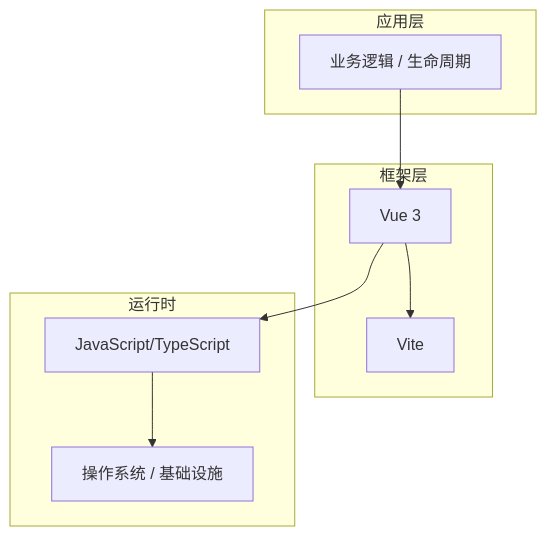
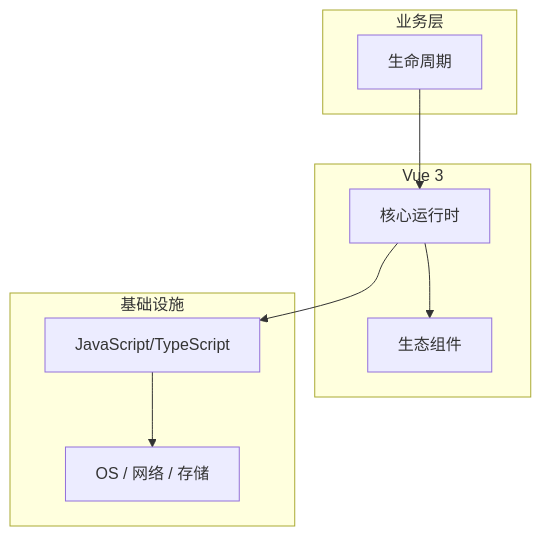
Before and after one commit to yanggan2015/knowledge-json-v2: the diagram in articles/Vue/chapters/085-生命周期核心概念与原理.md, drawn with Mermaid. The commit also changed other lines of this file and 10127 other files, not shown here.

````diff
--- a/articles/Vue/chapters/085-生命周期核心概念与原理.md
+++ b/articles/Vue/chapters/085-生命周期核心概念与原理.md
@@ -45,18 +34,18 @@
 ```mermaid
 graph TB
-    subgraph 应用层
-        A[业务逻辑 / 生命周期]
+    subgraph 业务层
+        A[生命周期]
     end
-    subgraph 框架层
-        B[Vue 3]
-        C[Vite]
+    subgraph Vue 3
+        B[核心运行时]
+        C[生态组件]
     end
-    subgraph 运行时
+    subgraph 基础设施
         D[JavaScript/TypeScript]
-        E[操作系统 / 基础设施]
+        E[OS / 网络 / 存储]
     end
     A --> B
     B --> C
     B --> D
     D --> E
 ```
````
